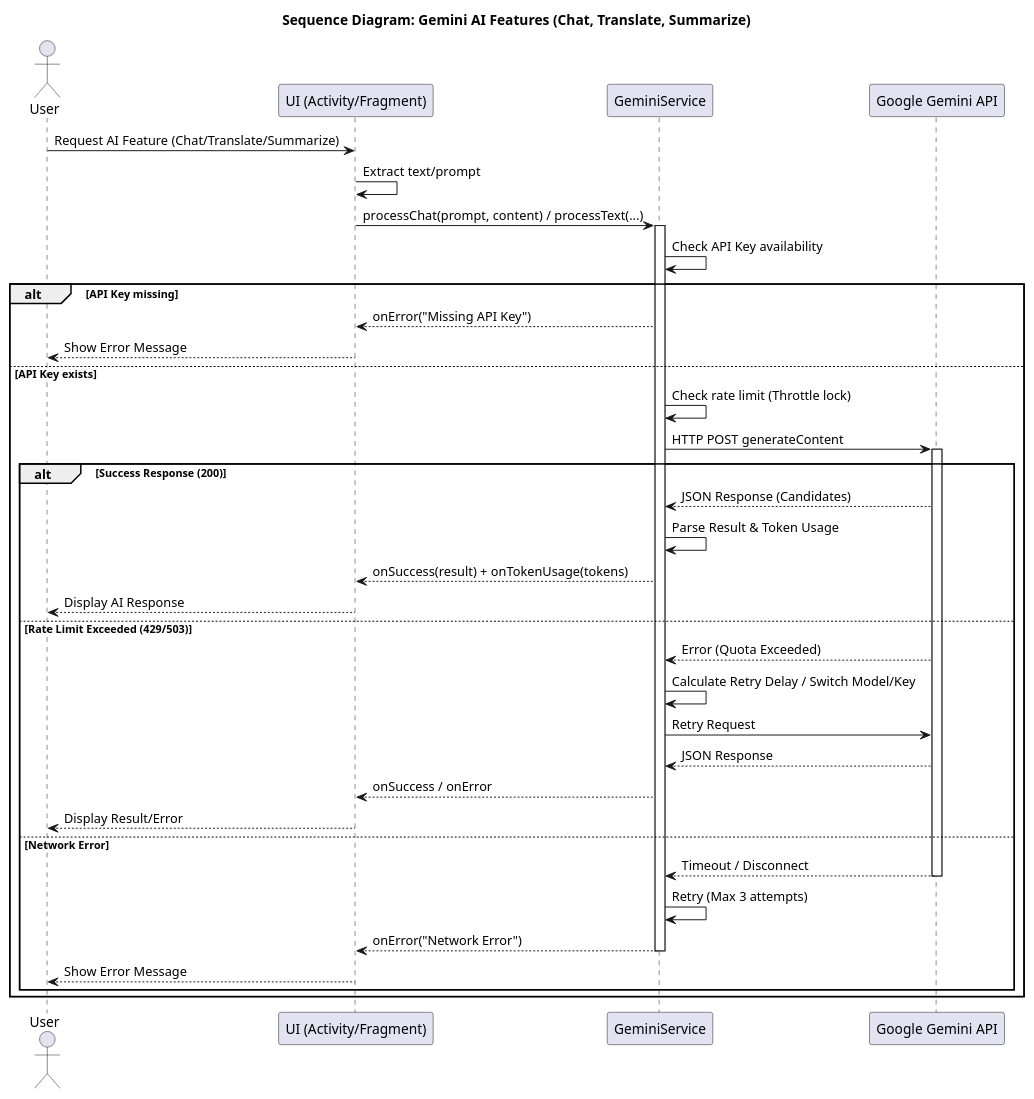
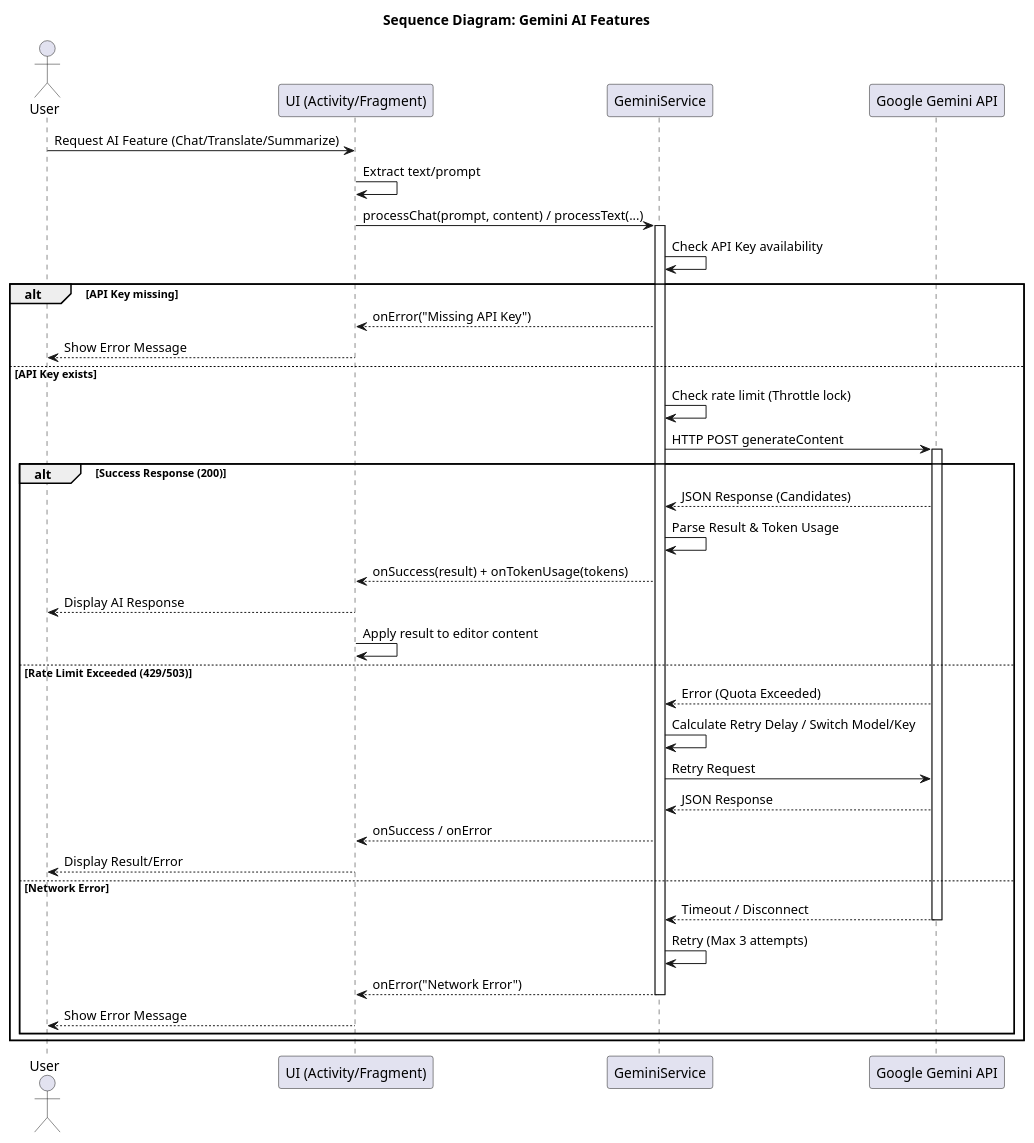
One commit to LuuQuangTien/FileEditorApp changed the diagram in _docs/Sequence/SD_GeminiAi.puml. Above: the diagram before and after it, drawn with PlantUML. The commit also changed 21 other files, not shown here.

```diff
--- a/_docs/Sequence/SD_GeminiAi.puml
+++ b/_docs/Sequence/SD_GeminiAi.puml
@@ -1,43 +1,44 @@
 @startuml
-title Sequence Diagram: Gemini AI Features (Chat, Translate, Summarize)
+title Sequence Diagram: Gemini AI Features
 actor User
 participant "UI (Activity/Fragment)" as UI
 participant "GeminiService" as Service
 participant "Google Gemini API" as API
 
 User -> UI : Request AI Feature (Chat/Translate/Summarize)
 UI -> UI : Extract text/prompt
 UI -> Service : processChat(prompt, content) / processText(...)
 activate Service
 
 Service -> Service : Check API Key availability
 alt API Key missing
     Service --> UI : onError("Missing API Key")
     UI --> User : Show Error Message
 else API Key exists
     Service -> Service : Check rate limit (Throttle lock)
     Service -> API : HTTP POST generateContent
     activate API
     
     alt Success Response (200)
         API --> Service : JSON Response (Candidates)
         Service -> Service : Parse Result & Token Usage
         Service --> UI : onSuccess(result) + onTokenUsage(tokens)
         UI --> User : Display AI Response
+        UI -> UI : Apply result to editor content
     else Rate Limit Exceeded (429/503)
         API --> Service : Error (Quota Exceeded)
         Service -> Service : Calculate Retry Delay / Switch Model/Key
         Service -> API : Retry Request
         API --> Service : JSON Response
         Service --> UI : onSuccess / onError
         UI --> User : Display Result/Error
     else Network Error
         API --> Service : Timeout / Disconnect
         deactivate API
         Service -> Service : Retry (Max 3 attempts)
         Service --> UI : onError("Network Error")
         deactivate Service
         UI --> User : Show Error Message
     end
 end
 @enduml
```
